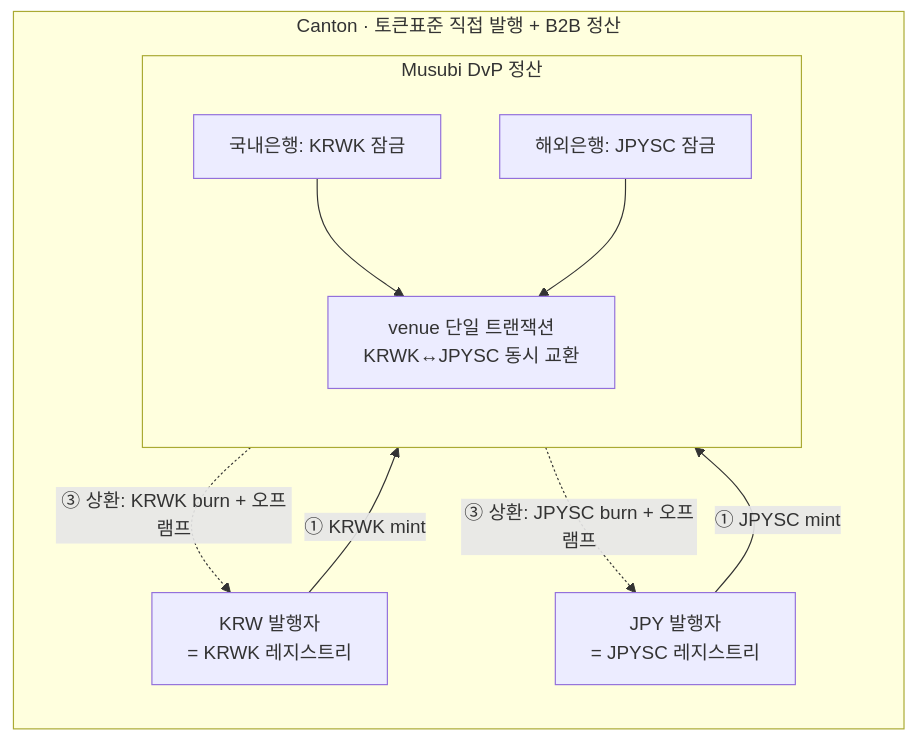
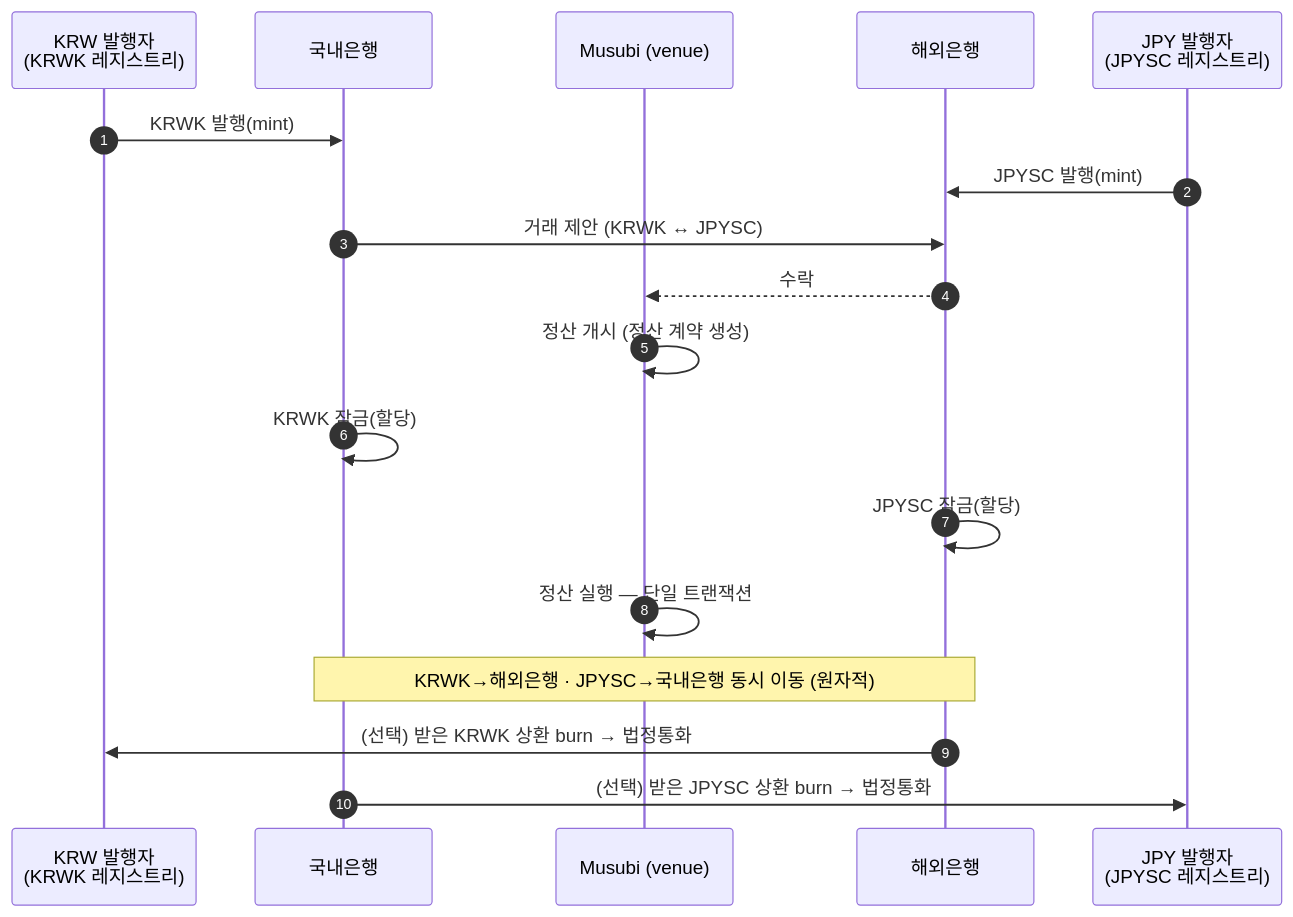
The third of 3 diagrams in dev/docs/architecture-b2b-b2c-multichain.md (eunsujeo/canton-docs), drawn with Mermaid before and after one commit. The commit also changed other lines of this file and 1 other file, not shown here.

Commit message:
docs: 패턴 2를 시퀀스 다이어그램으로 전환 (통화별 발행자 2 + venue)
각 통화 발행자 mint→두 기관 합의→개시→잠금→단일 트랜잭션 동시교환→(선택)상환
burn을 시간순 시퀀스로. flowchart 대비 발행·정산·상환 순서가 명확. dev(KRWK/
JPYSC·국내/해외은행)·wiki(통화A/B·기관A/B) 양쪽.

````diff
--- a/dev/docs/architecture-b2b-b2c-multichain.md
+++ b/dev/docs/architecture-b2b-b2c-multichain.md
@@ -139,19 +139,20 @@
 ```mermaid
-flowchart LR
-  subgraph CAN2["Canton · 토큰표준 직접 발행 + B2B 정산"]
-    KISS["KRW 발행자<br/>= KRWK 레지스트리"]
-    JISS["JPY 발행자<br/>= JPYSC 레지스트리"]
-    subgraph DVP2["Musubi DvP 정산"]
-      direction TB
-      ALK["국내은행: KRWK 잠금"]
-      BLJ["해외은행: JPYSC 잠금"]
-      EX2["venue 단일 트랜잭션<br/>KRWK↔JPYSC 동시 교환"]
-      ALK --> EX2
-      BLJ --> EX2
-    end
-  end
-  KISS -->|"① KRWK mint"| ALK
-  JISS -->|"① JPYSC mint"| BLJ
-  EX2 -.->|"③ 상환: KRWK burn + 오프램프"| KISS
-  EX2 -.->|"③ 상환: JPYSC burn + 오프램프"| JISS
+sequenceDiagram
+    autonumber
+    participant KI as KRW 발행자<br/>(KRWK 레지스트리)
+    participant A as 국내은행
+    participant V as Musubi (venue)
+    participant B as 해외은행
+    participant JI as JPY 발행자<br/>(JPYSC 레지스트리)
+    KI->>A: KRWK 발행(mint)
+    JI->>B: JPYSC 발행(mint)
+    A->>B: 거래 제안 (KRWK ↔ JPYSC)
+    B-->>V: 수락
+    V->>V: 정산 개시 (정산 계약 생성)
+    A->>A: KRWK 잠금(할당)
+    B->>B: JPYSC 잠금(할당)
+    V->>V: 정산 실행 — 단일 트랜잭션
+    Note over A,B: KRWK→해외은행 · JPYSC→국내은행 동시 이동 (원자적)
+    B->>KI: (선택) 받은 KRWK 상환 burn → 법정통화
+    A->>JI: (선택) 받은 JPYSC 상환 burn → 법정통화
 ```
````
